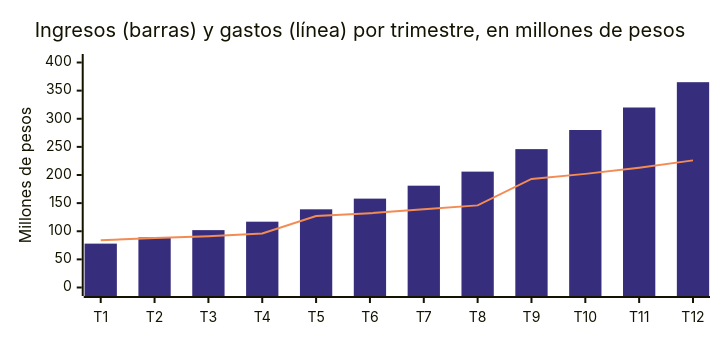
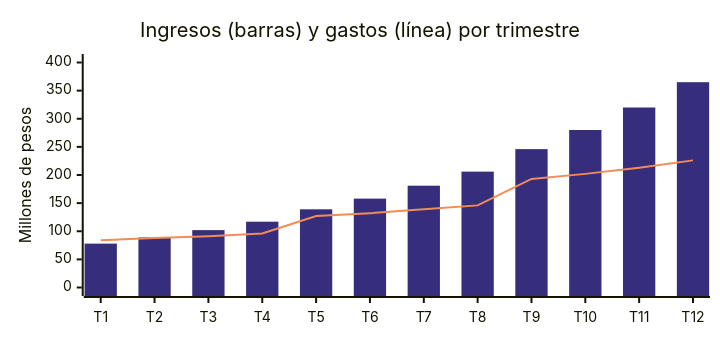
The fourth of 5 diagrams in README.md (TendIA-IETI-Team/tendia), drawn with Mermaid before and after one commit. The commit also changed other lines of this file, not shown here.

````diff
--- a/README.md
+++ b/README.md
@@ -321,16 +321,16 @@
 ```mermaid
 ---
 config:
   xyChart:
     height: 320
   themeVariables:
     xyChart:
       plotColorPalette: "#362D7C, #F38B54"
 ---
 xychart-beta
-  title "Ingresos (barras) y gastos (línea) por trimestre, en millones de pesos"
+  title "Ingresos (barras) y gastos (línea) por trimestre"
   x-axis ["T1", "T2", "T3", "T4", "T5", "T6", "T7", "T8", "T9", "T10", "T11", "T12"]
   y-axis "Millones de pesos" 0 --> 400
   bar [78, 89, 102, 117, 139, 158, 181, 206, 246, 280, 320, 365]
   line [84, 88, 91, 96, 127, 132, 139, 146, 193, 202, 213, 226]
 ```
````
